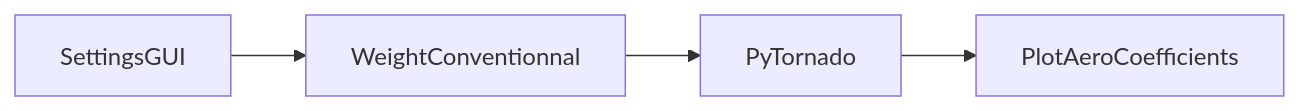
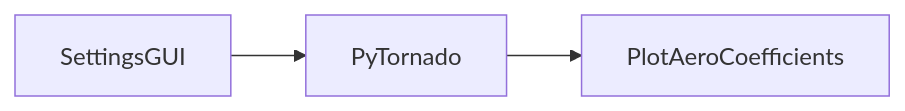
The first of 2 diagrams in README.md (cfsengineering/CEASIOMpy), drawn with Mermaid before and after one commit. The commit also changed other lines of this file, not shown here.

````diff
--- a/README.md
+++ b/README.md
@@ -91,6 +99,5 @@
 ```mermaid
   graph LR;
-      SettingsGUI-->WeightConventionnal;
-      WeightConventionnal-->PyTornado;
+      SettingsGUI-->PyTornado;
       PyTornado-->PlotAeroCoefficients;
 ```
````
